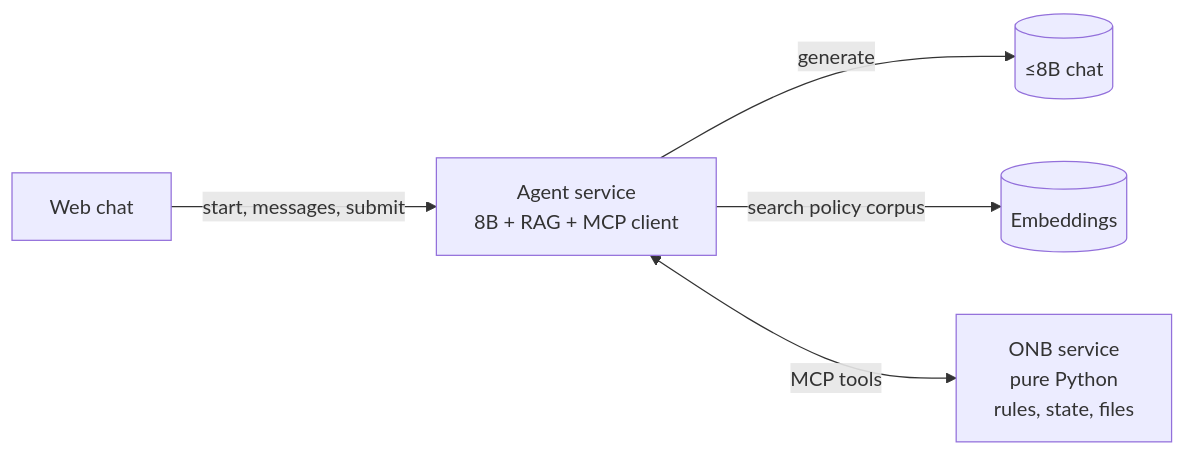
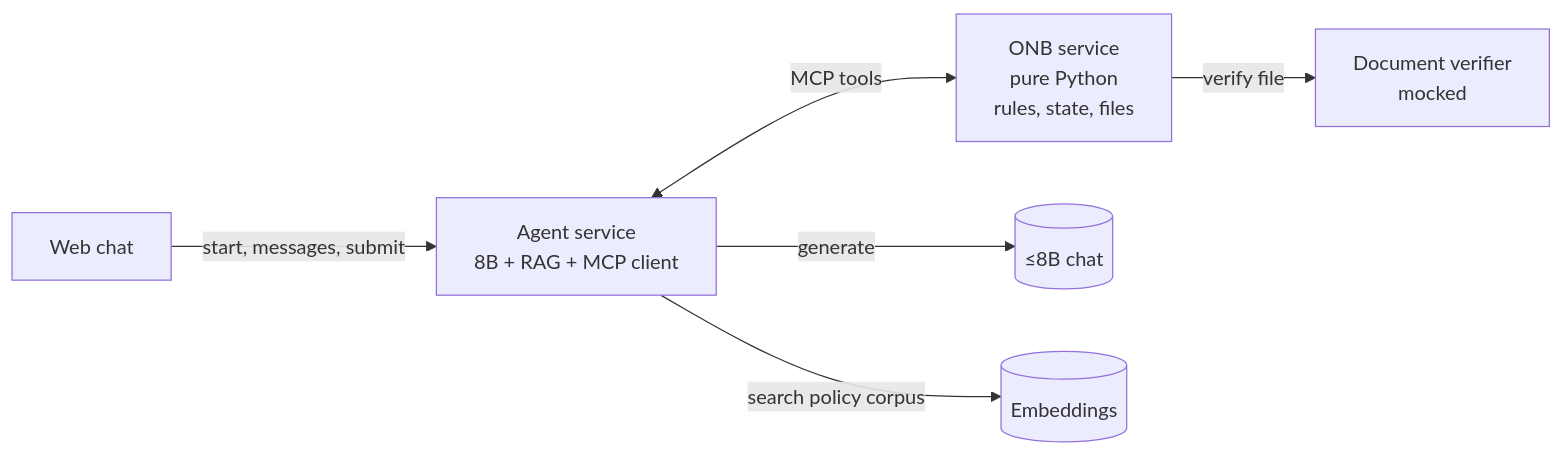
Before and after one commit to Capstone-iPe/analysis: the diagram in README.md, drawn with Mermaid. The commit also changed other lines of this file and 14 other files, not shown here.

Commit message:
Add web-chat UI design screens; ADR D7 document verifier + final ONB tool list

````diff
--- a/README.md
+++ b/README.md
@@ -15,13 +17,15 @@
 ```mermaid
 flowchart LR
   FE[Web chat]
   A[Agent service<br/>8B + RAG + MCP client]
   ONB[ONB service<br/>pure Python<br/>rules, state, files]
+  DV[Document verifier<br/>mocked]
   M[(≤8B chat)]
   E[(Embeddings)]
 
   FE -->|start, messages, submit| A
   A -->|generate| M
   A -->|search policy corpus| E
   A <-->|MCP tools| ONB
+  ONB -->|verify file| DV
 ```
````
